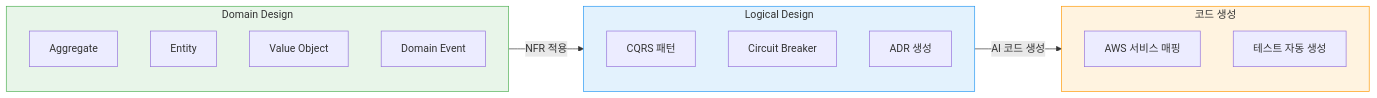
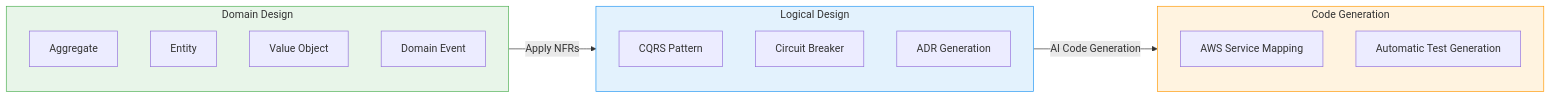
The second of 3 diagrams in docs/aidlc/methodology/ddd-integration.md (devfloor9/engineering-playbook), drawn with Mermaid before and after one commit. The commit also changed other lines of this file and 954 other files, not shown here.

````diff
--- a/docs/aidlc/methodology/ddd-integration.md
+++ b/docs/aidlc/methodology/ddd-integration.md
@@ -224,27 +227,27 @@
 ```mermaid
 graph LR
     subgraph DD["Domain Design"]
         AGG["Aggregate"]
         ENT["Entity"]
         VO["Value Object"]
         DE["Domain Event"]
     end
 
     subgraph LD["Logical Design"]
-        CQRS["CQRS 패턴"]
+        CQRS["CQRS Pattern"]
         CB["Circuit Breaker"]
-        ADR["ADR 생성"]
+        ADR["ADR Generation"]
     end
 
-    subgraph CG["코드 생성"]
-        AWS["AWS 서비스 매핑"]
-        TEST["테스트 자동 생성"]
+    subgraph CG["Code Generation"]
+        AWS["AWS Service Mapping"]
+        TEST["Automatic Test Generation"]
     end
 
-    DD -->|NFR 적용| LD
-    LD -->|AI 코드 생성| CG
+    DD -->|Apply NFRs| LD
+    LD -->|AI Code Generation| CG
 
     style DD fill:#e8f5e9,stroke:#4caf50
     style LD fill:#e3f2fd,stroke:#2196f3
     style CG fill:#fff3e0,stroke:#ff9800
 ```
````
